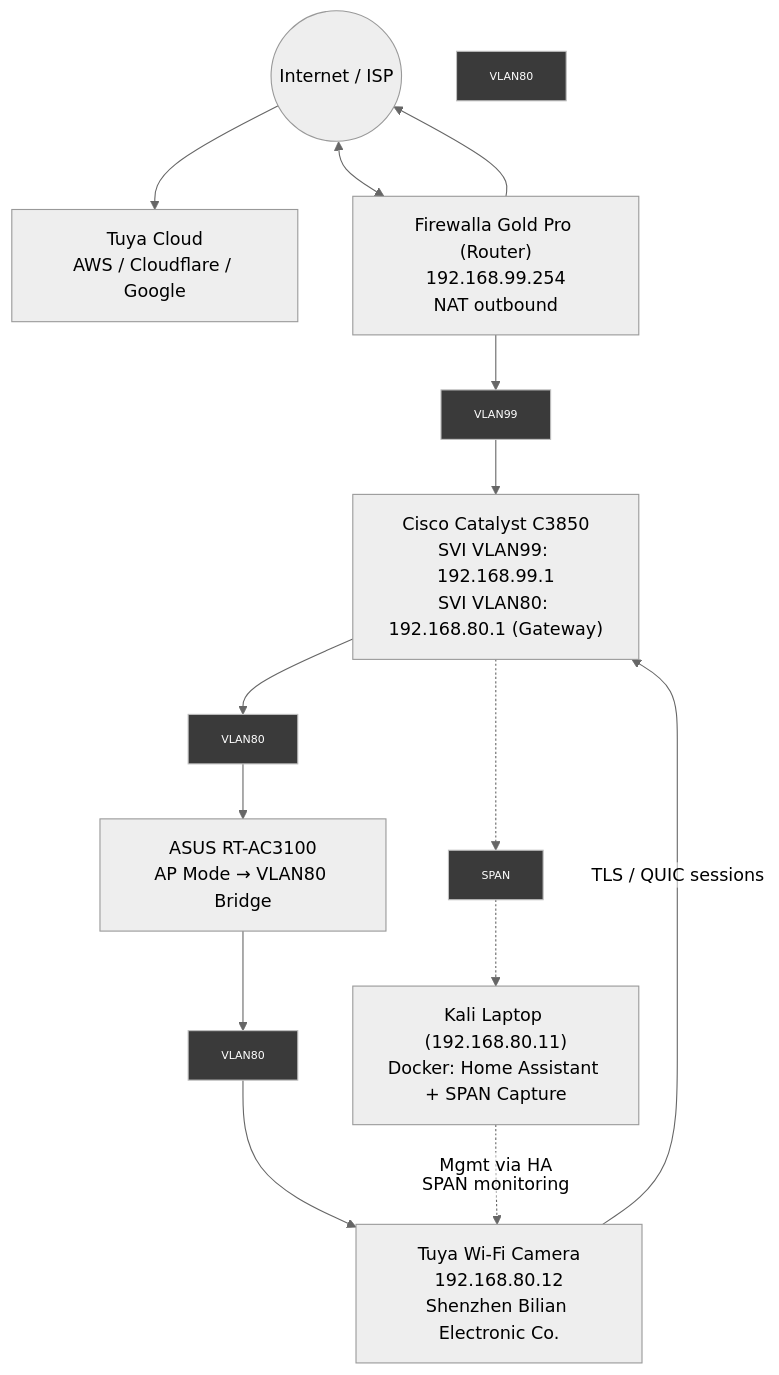
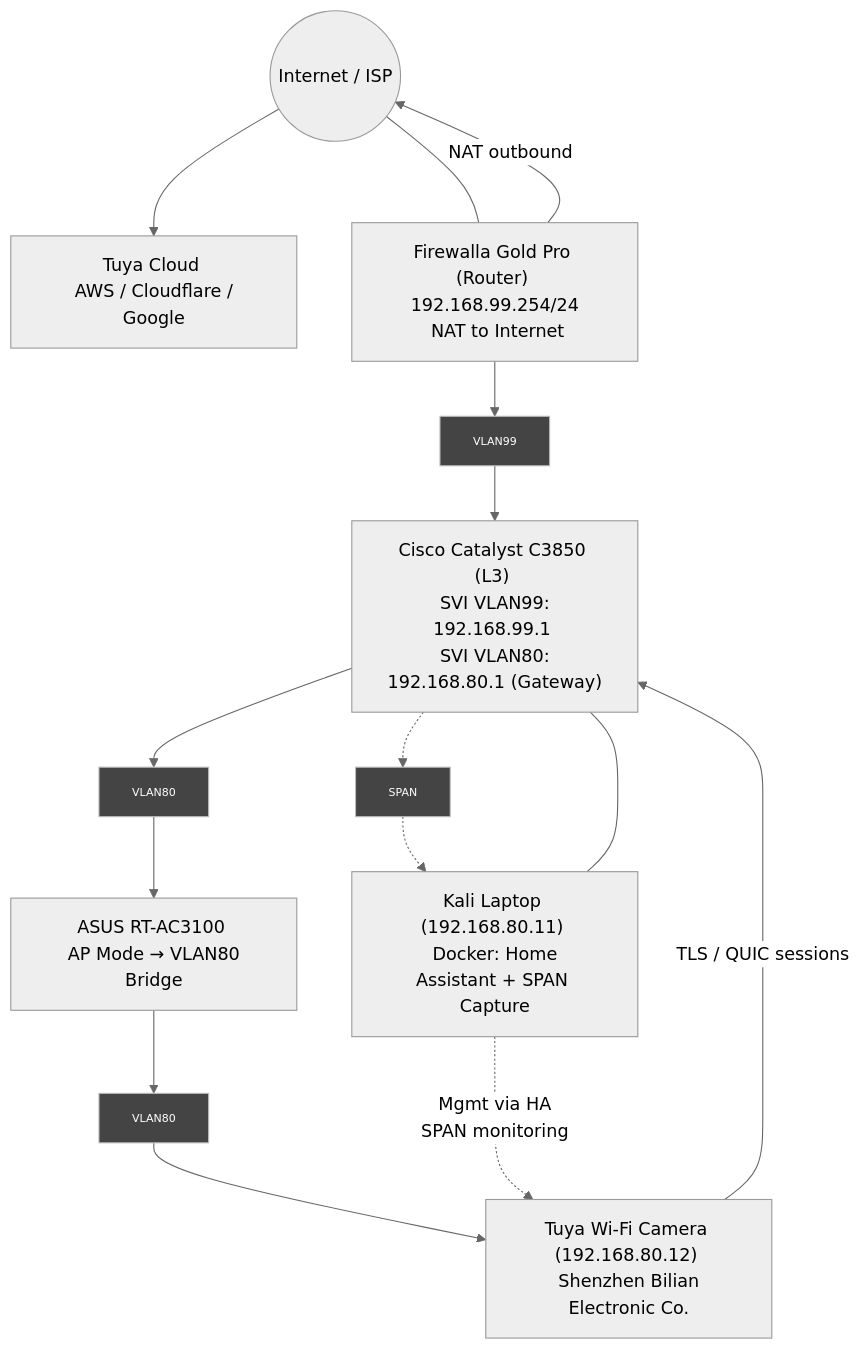
The diagram in Labs/IoT/LabSetup.md (blackTieV2/ZEIT8023-S2-2025-), drawn with Mermaid (neutral theme) before and after one commit.

````diff
--- a/Labs/IoT/LabSetup.md
+++ b/Labs/IoT/LabSetup.md
@@ -4,37 +4,40 @@
 ```mermaid
-%%{init: {"flowchart": {"htmlLabels": false}}}%%
 flowchart TD
     Internet((Internet / ISP))
-    Cloud["Tuya Cloud\nAWS / Cloudflare / Google"]
-    Router["Firewalla Gold Pro (Router)\n192.168.99.254\nNAT outbound"]
-    Switch["Cisco Catalyst C3850\nSVI VLAN99: 192.168.99.1\nSVI VLAN80: 192.168.80.1 (Gateway)"]
-    AP["ASUS RT-AC3100\nAP Mode → VLAN80 Bridge"]
-    Laptop["Kali Laptop (192.168.80.11)\nDocker: Home Assistant + SPAN Capture"]
-    Camera["Tuya Wi-Fi Camera\n192.168.80.12\nShenzhen Bilian Electronic Co."]
+    Cloud["Tuya Cloud <br/> AWS / Cloudflare / Google"]
 
-    %% tag nodes for link labels
+    Router["Firewalla Gold Pro (Router) <br/> 192.168.99.254/24 <br/> NAT to Internet"]
+    Switch["Cisco Catalyst C3850 (L3) <br/> SVI VLAN99: 192.168.99.1 <br/> SVI VLAN80: 192.168.80.1 (Gateway)"]
+    AP["ASUS RT-AC3100 <br/> AP Mode → VLAN80 Bridge"]
+    Laptop["Kali Laptop (192.168.80.11) <br/> Docker: Home Assistant + SPAN Capture"]
+    Camera["Tuya Wi-Fi Camera (192.168.80.12) <br/> Shenzhen Bilian Electronic Co."]
+
+    %% Inline link labels (small boxes)
     v99["VLAN99"]:::tag
     v80a["VLAN80"]:::tag
     v80b["VLAN80"]:::tag
-    v80c["VLAN80"]:::tag
     span1["SPAN"]:::tag
 
-    %% Core paths
-    Internet <--> Router
+    %% Infra path
     Router --> v99 --> Switch
     Switch --> v80a --> AP
     AP --> v80b --> Camera
 
-    %% Camera outbound flows
+    %% Explicit traffic path (gateway then NAT then cloud)
     Camera -->|"TLS / QUIC sessions"| Switch
-    Router --> Internet --> Cloud
+    Router -->|"NAT outbound"| Internet
+    Internet --> Cloud
 
-    %% SPAN / mgmt path (dashed)
+    %% Mgmt / SPAN path (dashed)
     Switch -.-> span1 -.-> Laptop
-    Laptop -.->|"Mgmt via HA\nSPAN monitoring"| Camera
+    Laptop -.->|"Mgmt via HA <br/> SPAN monitoring"| Camera
 
-    %% Styling for small inline boxes
-    classDef tag fill:#3a3a3a,stroke:#bfbfbf,color:#ffffff,stroke-width:1px,font-size:10px;
+    %% Optional backbone links for context
+    Internet --- Router
+    Switch --- Laptop
+
+    %% Tiny tag-box styling (GitHub-safe)
+    classDef tag fill:#444,stroke:#bbb,color:#fff,stroke-width:1px,font-size:10px;
 
 
 ```
````
